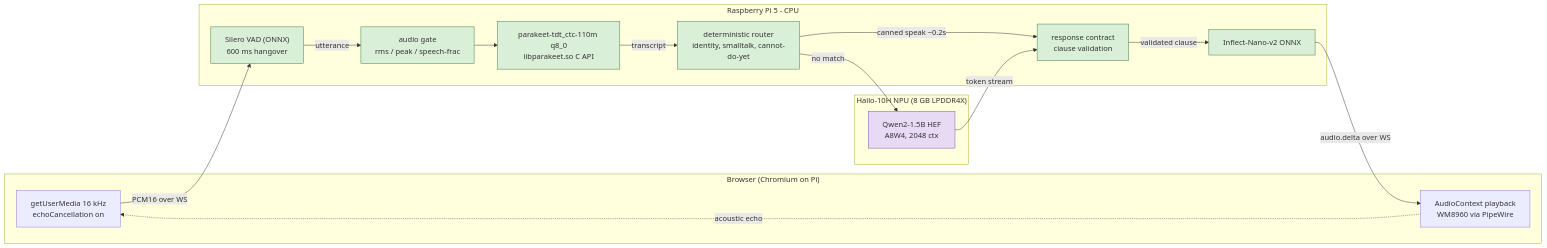
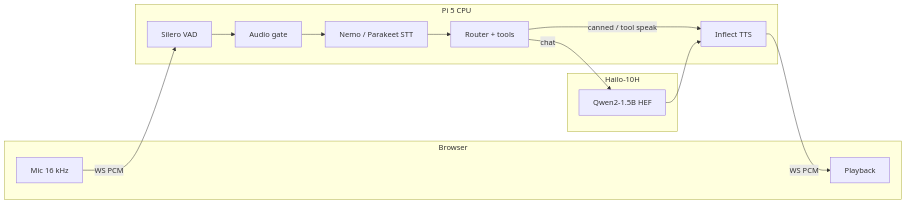
Before and after one commit to Senthi1Kumar/nova-s2s: the diagram in edge/nova-hailo/README.md, drawn with Mermaid. The commit also changed other lines of this file and 29 other files, not shown here.

Commit message:
Add tools-enabled Nova-Hailo PoC path for share (Nemo STT, router, search UI)

````diff
--- a/edge/nova-hailo/README.md
+++ b/edge/nova-hailo/README.md
@@ -7,36 +5,21 @@
 ```mermaid
 flowchart LR
-  subgraph BROWSER["Browser (Chromium on Pi)"]
-    MIC["getUserMedia 16 kHz<br/>echoCancellation on"]
-    SPK["AudioContext playback<br/>WM8960 via PipeWire"]
+  subgraph BROWSER["Browser"]
+    MIC["Mic 16 kHz"]
+    SPK["Playback"]
   end
-
-  subgraph CPU["Raspberry Pi 5 - CPU"]
-    VAD["Silero VAD (ONNX)<br/>600 ms hangover"]
-    GATE["audio gate<br/>rms / peak / speech-frac"]
-    ASR["parakeet-tdt_ctc-110m q8_0<br/>libparakeet.so C API"]
-    ROUTER["deterministic router<br/>identity, smalltalk, cannot-do-yet"]
-    CONTRACT["response contract<br/>clause validation"]
-    TTS["Inflect-Nano-v2 ONNX"]
+  subgraph CPU["Pi 5 CPU"]
+    VAD["Silero VAD"]
+    GATE["Audio gate"]
+    ASR["Nemo / Parakeet STT"]
+    ROUTER["Router + tools"]
+    TTS["Inflect TTS"]
   end
-
-  subgraph NPU["Hailo-10H NPU (8 GB LPDDR4X)"]
-    LLM["Qwen2-1.5B HEF<br/>A8W4, 2048 ctx"]
+  subgraph NPU["Hailo-10H"]
+    LLM["Qwen2-1.5B HEF"]
   end
-
-  MIC -->|PCM16 over WS| VAD
-  VAD -->|utterance| GATE
-  GATE --> ASR
-  ASR -->|transcript| ROUTER
-  ROUTER -->|canned speak ~0.2s| CONTRACT
-  ROUTER -->|no match| LLM
-  LLM -->|token stream| CONTRACT
-  CONTRACT -->|validated clause| TTS
-  TTS -->|audio.delta over WS| SPK
-  SPK -.->|acoustic echo| MIC
-
-  classDef npu fill:#e8d9f5,stroke:#7a4fa3
-  classDef cpu fill:#d9efd7,stroke:#3f7a3f
-  class LLM npu
-  class VAD,GATE,ASR,ROUTER,CONTRACT,TTS cpu
+  MIC -->|WS PCM| VAD --> GATE --> ASR --> ROUTER
+  ROUTER -->|canned / tool speak| TTS
+  ROUTER -->|chat| LLM --> TTS
+  TTS -->|WS PCM| SPK
 ```
````
